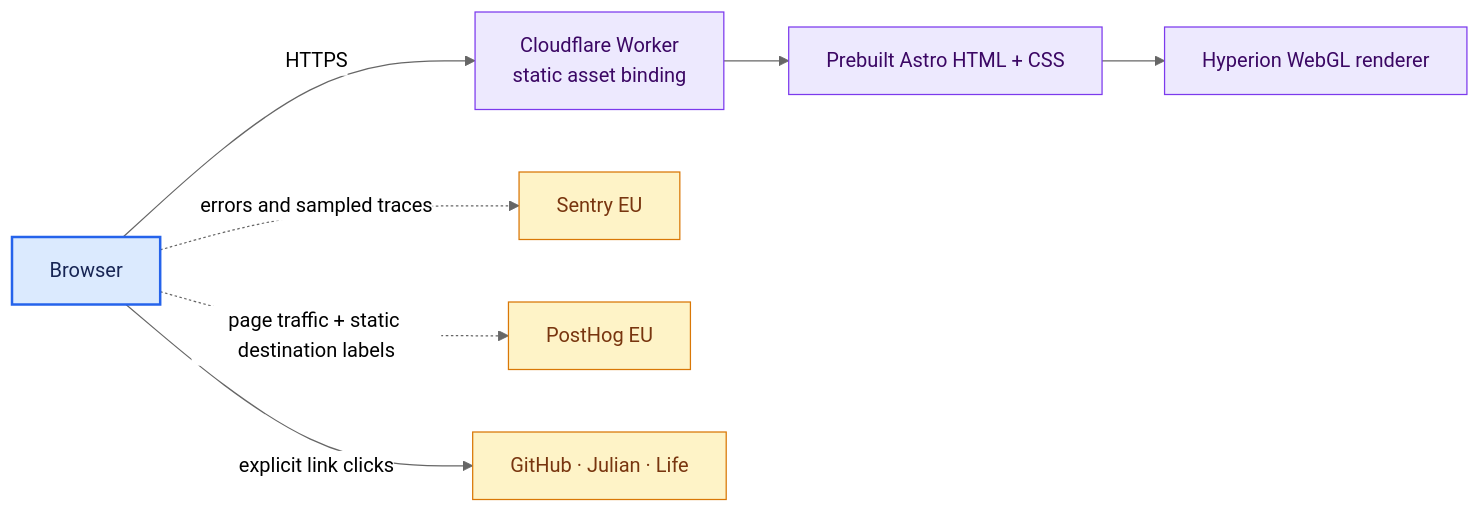
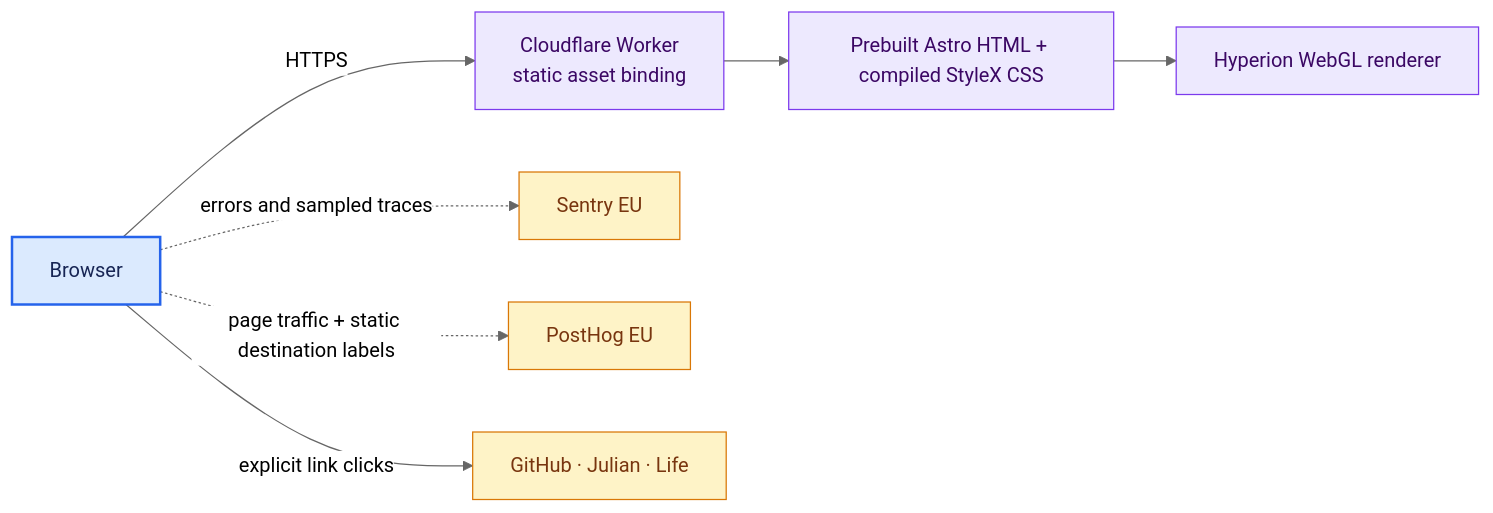
The first of 4 diagrams in docs/architecture.md (krmznkr/me), drawn with Mermaid (neutral theme) before and after one commit. The commit also changed other lines of this file and 8 other files, not shown here.

````diff
--- a/docs/architecture.md
+++ b/docs/architecture.md
@@ -10,23 +10,23 @@
 ```mermaid
 flowchart LR
   visitor["Browser"]
   edge["Cloudflare Worker<br/>static asset binding"]
-  html["Prebuilt Astro HTML + CSS"]
+  html["Prebuilt Astro HTML + compiled StyleX CSS"]
   hyperion["Hyperion WebGL renderer"]
   sentry["Sentry EU"]
   posthog["PostHog EU"]
   external["GitHub · Julian · Life"]
 
   visitor -->|"HTTPS"| edge --> html
   html --> hyperion
   visitor -->|"explicit link clicks"| external
   visitor -. errors and sampled traces .-> sentry
   visitor -. page traffic + static destination labels .-> posthog
 
   classDef client fill:#dbeafe,stroke:#2563eb,color:#172554,stroke-width:2px
   classDef edgeNode fill:#ede9fe,stroke:#7c3aed,color:#3b0764
   classDef externalNode fill:#fef3c7,stroke:#d97706,color:#78350f
   class visitor client
   class edge,html,hyperion edgeNode
   class sentry,posthog,external externalNode
 ```
````
